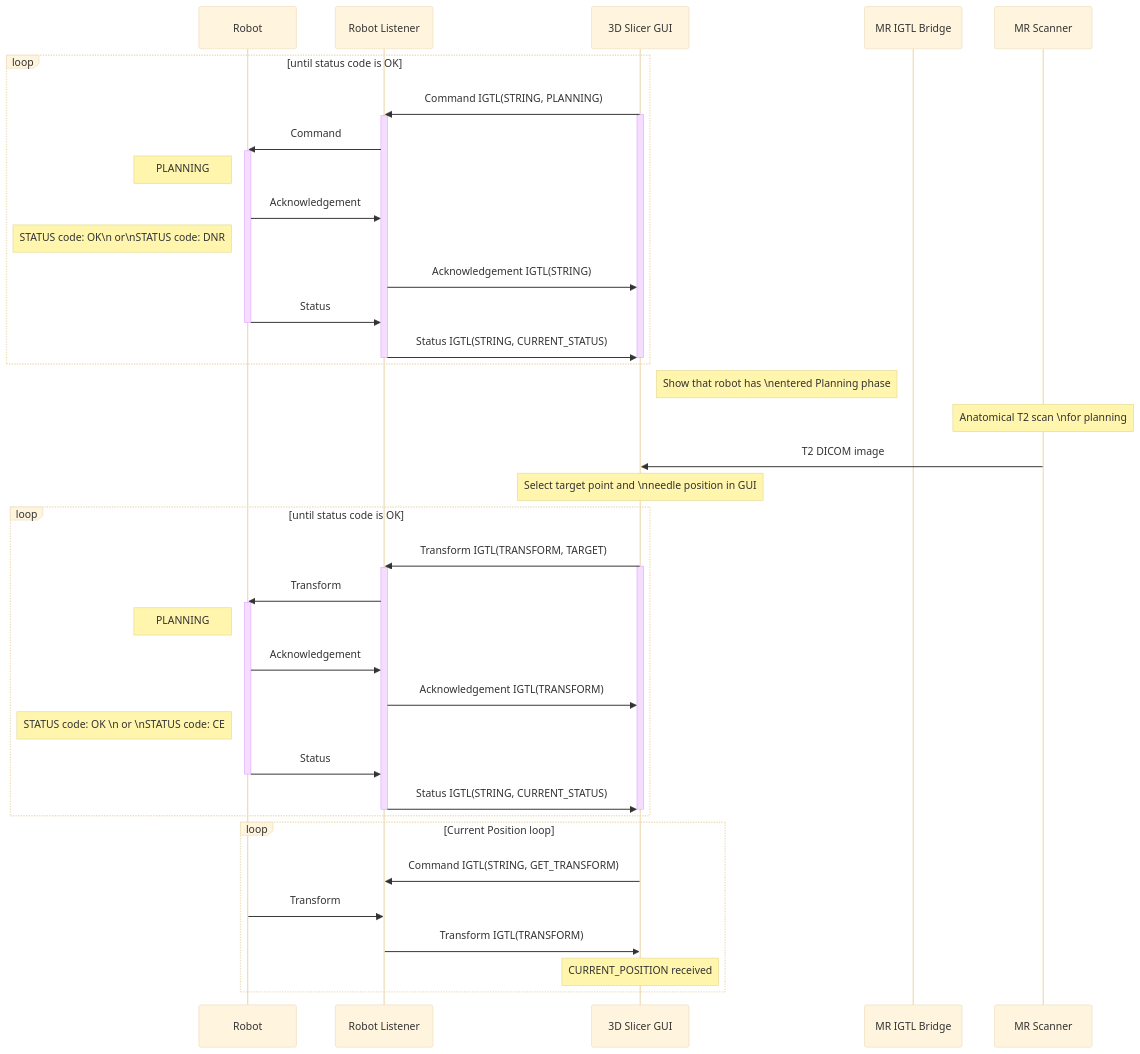
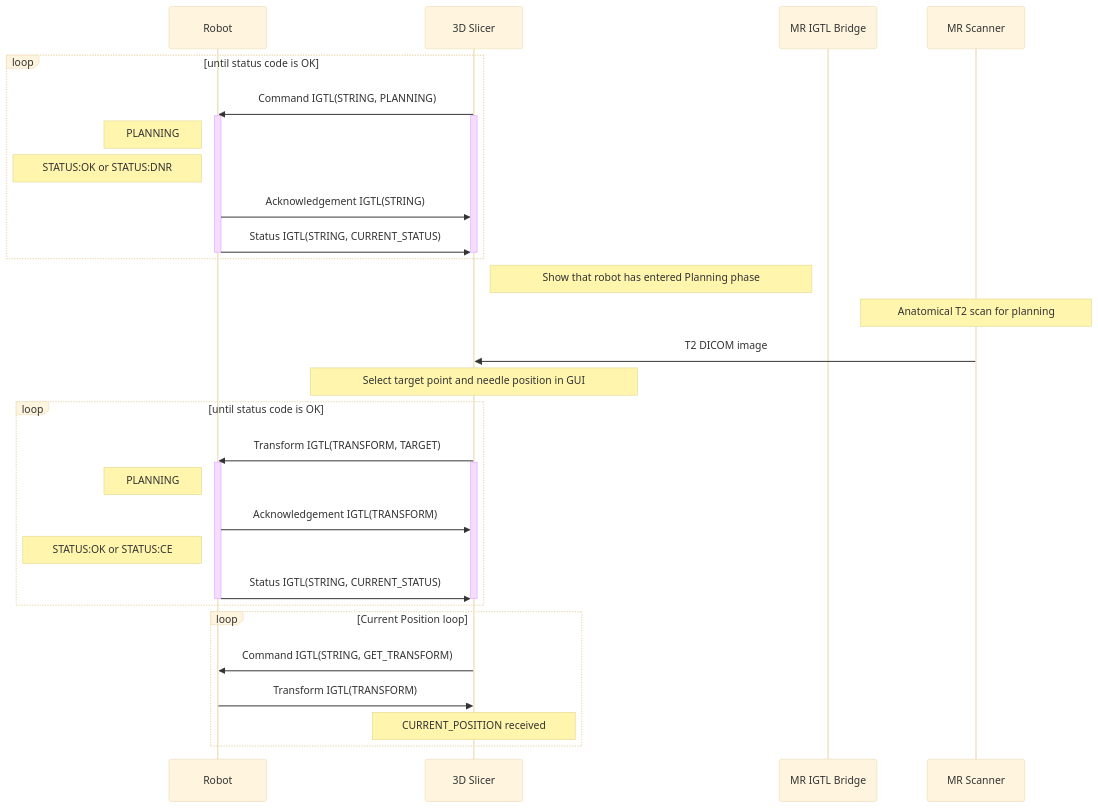
Before and after one commit to ProstateBRP/BRPRobot2021: the third of 6 diagrams in README.md, drawn with Mermaid (base theme). The commit also changed other lines of this file, not shown here.

First line of the commit message:
Updated Sequence Diagram

````diff
--- a/README.md
+++ b/README.md
@@ -113,55 +92,44 @@
 ```mermaid
 sequenceDiagram
 
 participant R as Robot
-participant RL as Robot Listener
-participant SGUI as 3D Slicer GUI
+participant SGUI as 3D Slicer
 participant MRIGTL  as MR IGTL Bridge
 participant MRS as MR Scanner
 
 
 loop until status code is OK
-SGUI->>RL:Command IGTL(STRING, PLANNING)
+SGUI->>R:Command IGTL(STRING, PLANNING)
 activate SGUI
-activate RL
-RL->>R:Command
+activate R
+
+note left of R:PLANNING
+note left of R:⠀⠀⠀STATUS:OK or STATUS:DNR⠀⠀⠀
+R->>SGUI:Acknowledgement IGTL(STRING)
+R->>SGUI:Status IGTL(STRING, CURRENT_STATUS)
+deactivate R
+deactivate SGUI
+end
+note right of SGUI:⠀⠀⠀⠀⠀⠀Show that robot has entered Planning phase⠀⠀⠀⠀⠀⠀
+note over MRS:⠀⠀⠀⠀Anatomical T2 scan for planning⠀⠀⠀⠀
+MRS->>SGUI:T2 DICOM image
+note over SGUI:⠀⠀⠀⠀⠀⠀Select target point and needle position in GUI⠀⠀⠀⠀⠀⠀
+loop until status code is OK
+SGUI->>R:Transform IGTL(TRANSFORM, TARGET)
+activate SGUI
 activate R
 note left of R:PLANNING
-R->>RL:Acknowledgement
-note left of R:STATUS code: OK\n              or\nSTATUS code: DNR
-RL->>SGUI:Acknowledgement IGTL(STRING)
-R->>RL:Status
+R->>SGUI:Acknowledgement IGTL(TRANSFORM)
+note left of R:⠀⠀⠀STATUS:OK or STATUS:CE⠀⠀⠀
+R->>SGUI:Status IGTL(STRING, CURRENT_STATUS)
 deactivate R
-RL->>SGUI:Status IGTL(STRING, CURRENT_STATUS)
 deactivate SGUI
-deactivate RL
-end
-note right of SGUI:Show that robot has \nentered Planning phase
-note over MRS:Anatomical T2 scan \nfor planning
-MRS->>SGUI:T2 DICOM image
-note over SGUI:Select target point and \nneedle position in GUI
-loop until status code is OK
-SGUI->>RL:Transform IGTL(TRANSFORM, TARGET)
-activate SGUI
-activate RL
-RL->>R:Transform
-activate R
-note left of R:PLANNING
-R->>RL:Acknowledgement
-RL->>SGUI:Acknowledgement IGTL(TRANSFORM)
-note left of R:STATUS code: OK \n              or \nSTATUS code: CE
-R->>RL:Status
-deactivate R
-RL->>SGUI:Status IGTL(STRING, CURRENT_STATUS)
-deactivate SGUI
-deactivate RL
 
 end
 
 loop Current Position loop
-SGUI->>RL:Command IGTL(STRING, GET_TRANSFORM)
-R->>RL:Transform
-RL->>SGUI:Transform IGTL(TRANSFORM)
-note over SGUI:CURRENT_POSITION received
+SGUI->>R:Command IGTL(STRING, GET_TRANSFORM)
+R->>SGUI:Transform IGTL(TRANSFORM)
+note over SGUI:⠀⠀⠀CURRENT_POSITION received⠀⠀⠀
 end
 ```
````
